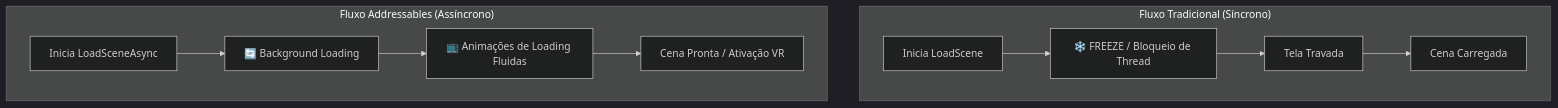
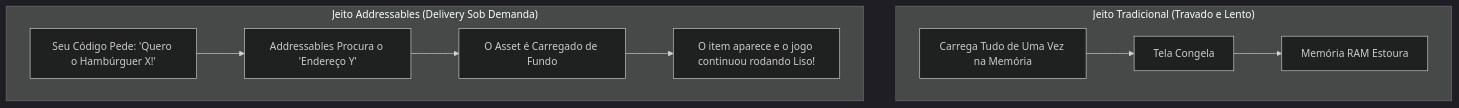
Before and after one commit to jeffersonrodrigues343/DevGames-CsharpHandOn: the first of 6 diagrams in HandsOn/glossary/GLOSSARY.MD, drawn with Mermaid (dark theme). The commit also changed other lines of this file, not shown here.

Commit message:
update: correção do conceito de addressables

````diff
--- a/HandsOn/glossary/GLOSSARY.MD
+++ b/HandsOn/glossary/GLOSSARY.MD
@@ -27,14 +26,13 @@
 ```mermaid
 graph TD
-    subgraph "Fluxo Tradicional (Síncrono)"
-        T1[Inicia LoadScene] --> T2[❄️ FREEZE / Bloqueio de Thread]
-        T2 --> T3[Tela Travada]
-        T3 --> T4[Cena Carregada]
+    subgraph "Jeito Tradicional (Travado e Lento)"
+        TR1[Carrega Tudo de Uma Vez na Memória] --> TR2[Tela Congela]
+        TR2 --> TR3[Memória RAM Estoura]
     end
 
-    subgraph "Fluxo Addressables (Assíncrono)"
-        A1[Inicia LoadSceneAsync] --> A2[🔄 Background Loading]
-        A2 --> A3[📺 Animações de Loading Fluidas]
-        A3 --> A4[Cena Pronta / Ativação VR]
+    subgraph "Jeito Addressables (Delivery Sob Demanda)"
+        AD1[Seu Código Pede: 'Quero o Hambúrguer X!'] --> AD2[Addressables Procura o 'Endereço Y']
+        AD2 --> AD3[O Asset é Carregado de Fundo]
+        AD3 --> AD4[O item aparece e o jogo continuou rodando Liso!]
     end
 ```
````
